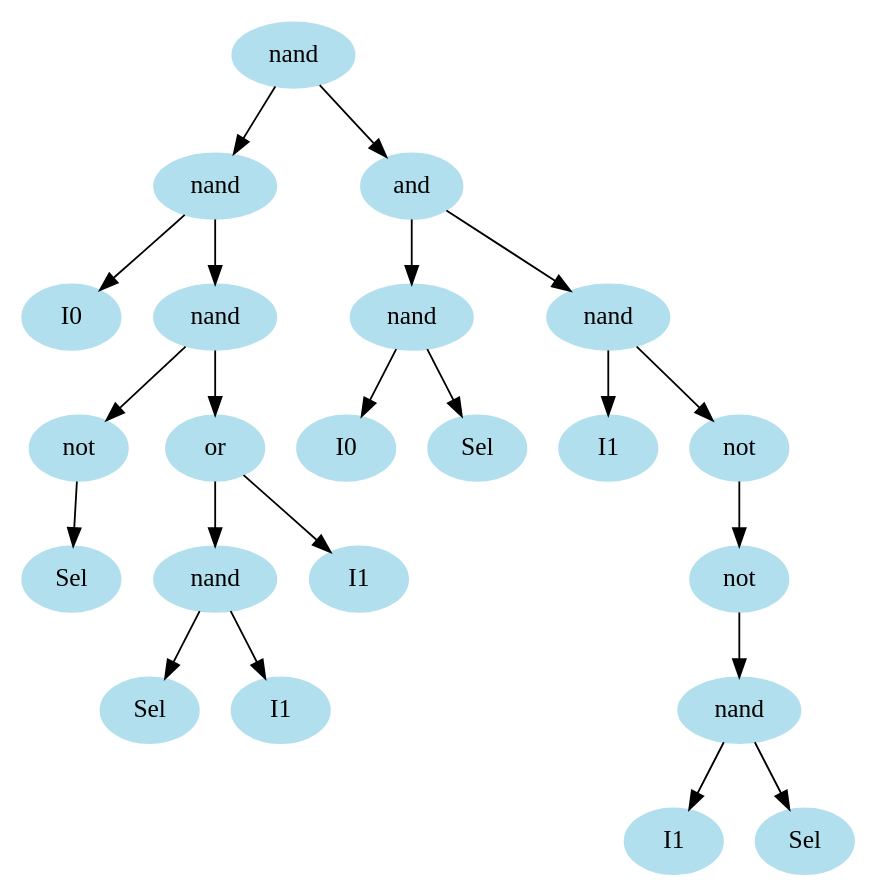
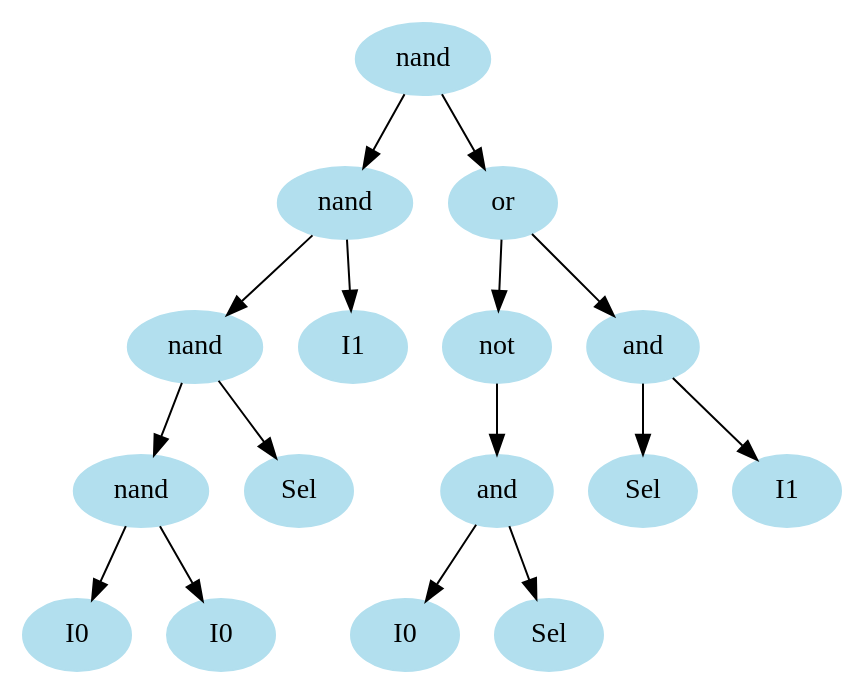
One commit to king2b3/GP changed the diagram in Final_AST.gv. Above: the diagram before and after it, drawn with Graphviz. The commit also changed 6 other files, not shown here.

```diff
--- a/Final_AST.gv
+++ b/Final_AST.gv
@@ -1,47 +1,35 @@
 digraph unix {
 	node [color=lightblue2 style=filled]
 	size="6,6"
 	gate_0 [label=nand]
 	gate_1 [label=nand]
+	gate_2 [label=nand]
+	gate_3 [label=nand]
 	ins_0 [label=I0]
-	gate_2 [label=nand]
-	gate_3 [label=not]
-	ins_1 [label=Sel]
-	gate_4 [label=or]
-	gate_5 [label=nand]
+	ins_1 [label=I0]
 	ins_2 [label=Sel]
 	ins_3 [label=I1]
-	ins_4 [label=I1]
+	gate_4 [label=or]
+	gate_5 [label=not]
 	gate_6 [label=and]
-	gate_7 [label=nand]
-	ins_5 [label=I0]
+	ins_4 [label=I0]
+	ins_5 [label=Sel]
+	gate_7 [label=and]
 	ins_6 [label=Sel]
-	gate_8 [label=nand]
 	ins_7 [label=I1]
-	gate_9 [label=not]
-	gate_10 [label=not]
-	gate_11 [label=nand]
-	ins_8 [label=I1]
-	ins_9 [label=Sel]
 	gate_0 -> gate_1
-	gate_0 -> gate_6
-	gate_1 -> ins_0
+	gate_0 -> gate_4
 	gate_1 -> gate_2
+	gate_1 -> ins_3
 	gate_2 -> gate_3
-	gate_2 -> gate_4
+	gate_2 -> ins_2
+	gate_3 -> ins_0
 	gate_3 -> ins_1
 	gate_4 -> gate_5
-	gate_4 -> ins_4
-	gate_5 -> ins_2
-	gate_5 -> ins_3
-	gate_6 -> gate_7
-	gate_6 -> gate_8
-	gate_7 -> ins_5
+	gate_4 -> gate_7
+	gate_5 -> gate_6
+	gate_6 -> ins_4
+	gate_6 -> ins_5
 	gate_7 -> ins_6
-	gate_8 -> ins_7
-	gate_8 -> gate_9
-	gate_9 -> gate_10
-	gate_10 -> gate_11
-	gate_11 -> ins_8
-	gate_11 -> ins_9
+	gate_7 -> ins_7
 }
```
